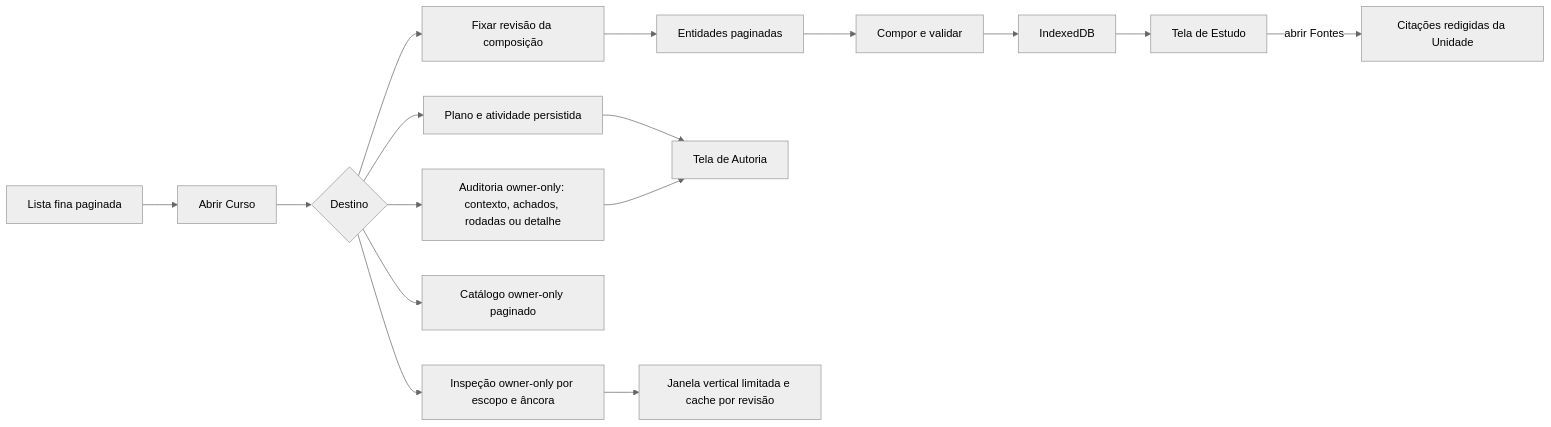
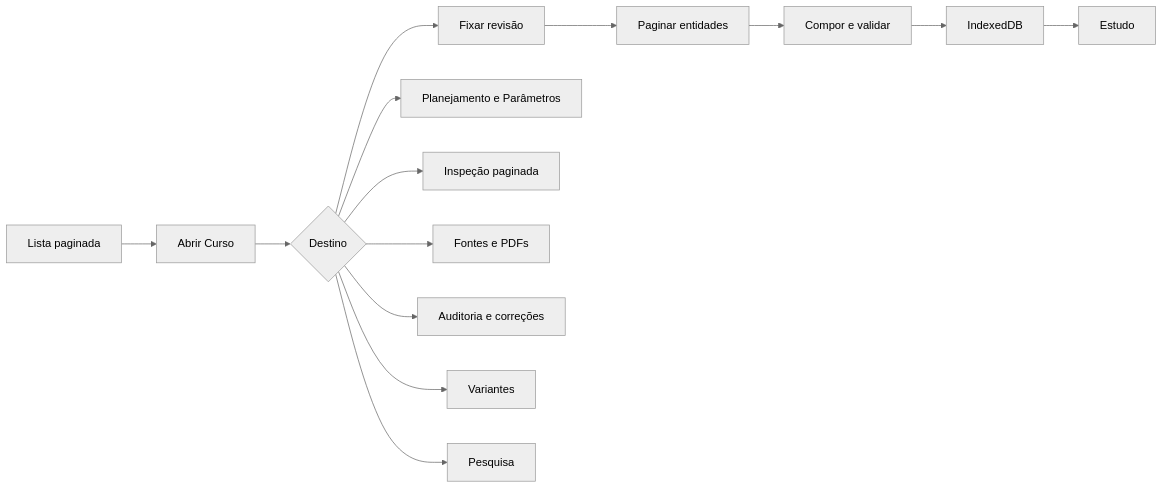
The second of 2 diagrams in docs/estado-atual-e-roadmap.md (fabio-ara/AraLearn), drawn with Mermaid (neutral theme) before and after one commit. The commit also changed other lines of this file and 614 other files, not shown here.

Commit message:
Consolida a Autoria centrada no Curso na versão 0.0.23

````diff
--- a/docs/estado-atual-e-roadmap.md
+++ b/docs/estado-atual-e-roadmap.md
@@ -87,18 +94,16 @@
 ```mermaid
 flowchart LR
-    L[Lista fina paginada] --> O[Abrir Curso]
+    L[Lista paginada] --> O[Abrir Curso]
     O --> D{Destino}
-    D --> A[Plano e atividade persistida]
-    D --> R[Fixar revisão da composição]
-    D --> IN[Inspeção owner-only por escopo e âncora]
-    D --> F[Catálogo owner-only paginado]
-    D --> Q[Auditoria owner-only: contexto, achados, rodadas ou detalhe]
-    R --> P[Entidades paginadas]
-    P --> V[Compor e validar]
+    D --> R[Fixar revisão]
+    R --> E[Paginar entidades]
+    E --> V[Compor e validar]
     V --> I[IndexedDB]
-    A --> T[Tela de Autoria]
-    IN --> W[Janela vertical limitada e cache por revisão]
-    Q --> T
-    I --> U[Tela de Estudo]
-    U -->|abrir Fontes| C[Citações redigidas da Unidade]
+    I --> S[Estudo]
+    D --> P[Planejamento e Parâmetros]
+    D --> IN[Inspeção paginada]
+    D --> F[Fontes e PDFs]
+    D --> A[Auditoria e correções]
+    D --> VA[Variantes]
+    D --> Q[Pesquisa]
 ```
````
